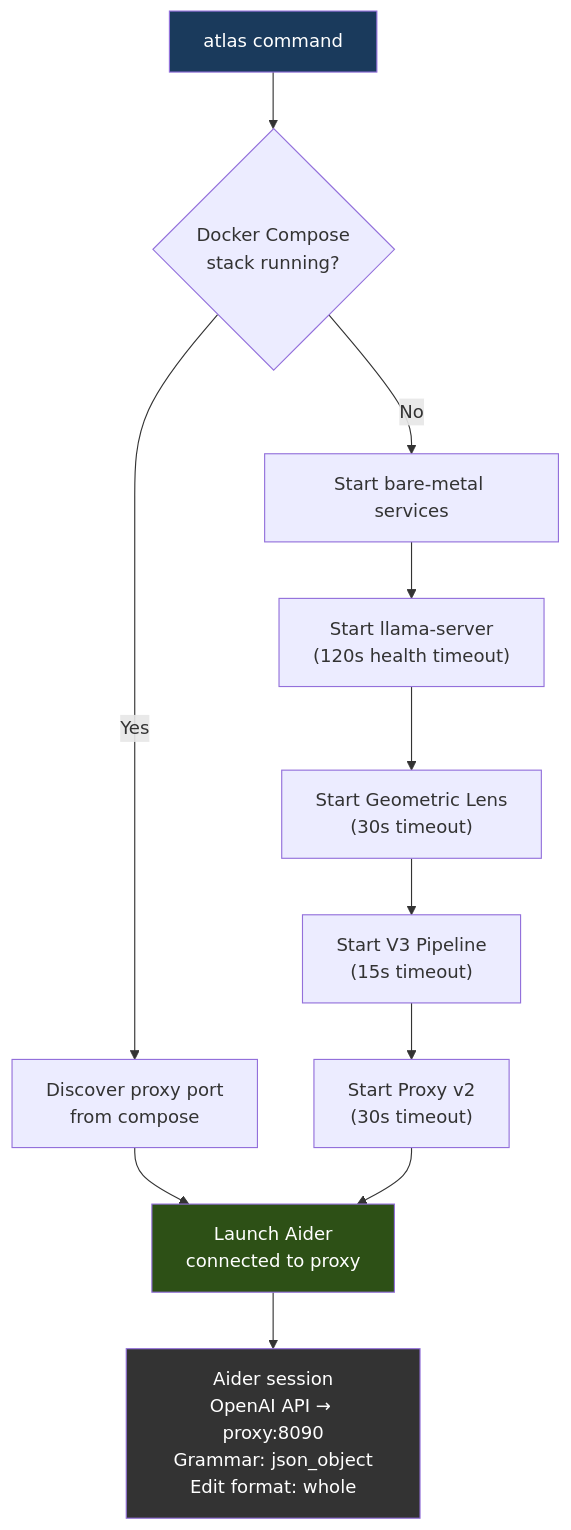
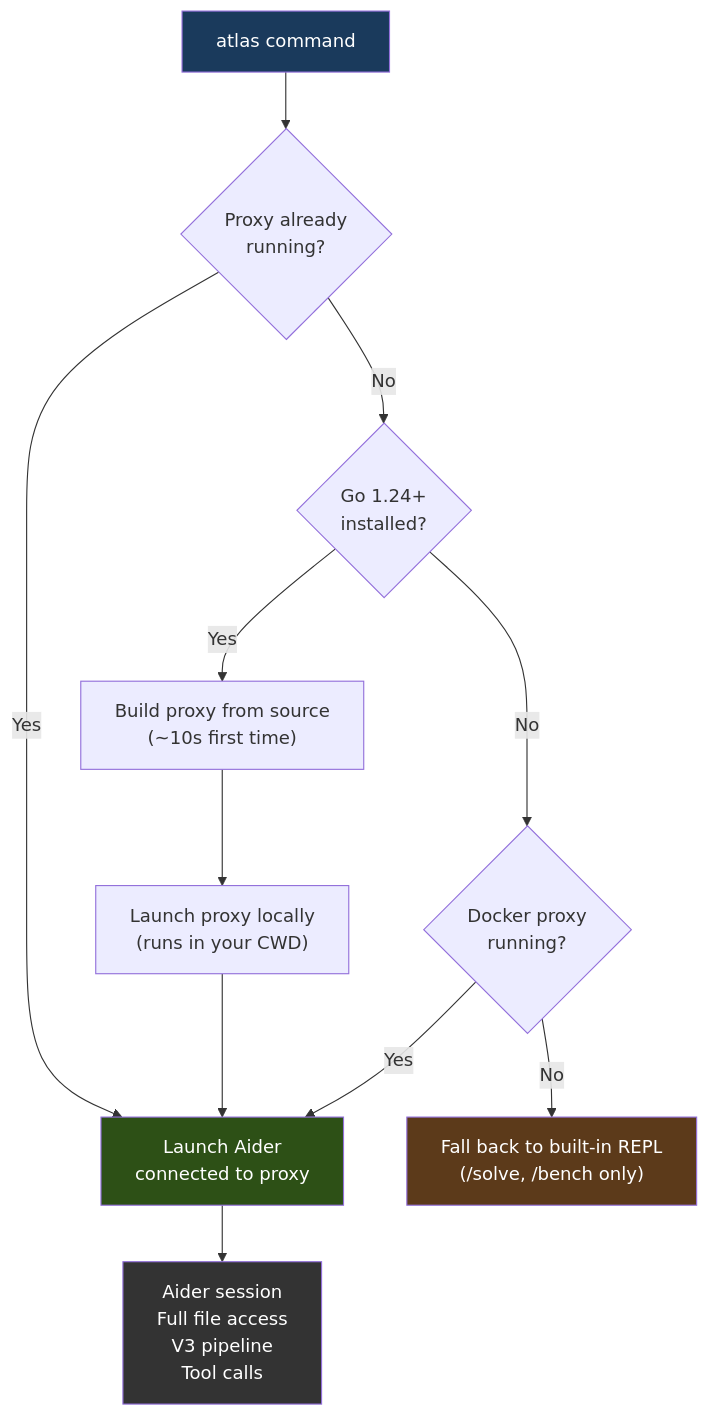
One commit to itigges22/ATLAS changed the first of 2 diagrams in docs/CLI.md. Above: the diagram before and after it, drawn with Mermaid. The commit also changed other lines of this file and 4 other files, not shown here.

Commit message:
Local proxy auto-build with Go, Docker fallback with mount, comprehensive file access docs

````diff
--- a/docs/CLI.md
+++ b/docs/CLI.md
@@ -38,18 +40,21 @@
 ```mermaid
 flowchart TD
-    Start["atlas command"] --> Detect{"Docker Compose\nstack running?"}
-    Detect -->|"Yes"| DPort["Discover proxy port\nfrom compose"] --> Launch["Launch Aider\nconnected to proxy"]
-    Detect -->|"No"| Bare["Start bare-metal services"]
+    Start["atlas command"] --> ProxyUp{"Proxy already\nrunning?"}
+    ProxyUp -->|"Yes"| Launch["Launch Aider\nconnected to proxy"]
+    ProxyUp -->|"No"| GoCheck{"Go 1.24+\ninstalled?"}
 
-    Bare --> LL["Start llama-server\n(120s health timeout)"]
-    LL --> Lens["Start Geometric Lens\n(30s timeout)"]
-    Lens --> V3["Start V3 Pipeline\n(15s timeout)"]
-    V3 --> Proxy["Start Proxy v2\n(30s timeout)"]
-    Proxy --> Launch
+    GoCheck -->|"Yes"| Build["Build proxy from source\n(~10s first time)"]
+    Build --> Local["Launch proxy locally\n(runs in your CWD)"]
+    Local --> Launch
 
-    Launch --> Aider["Aider session\nOpenAI API → proxy:8090\nGrammar: json_object\nEdit format: whole"]
+    GoCheck -->|"No"| Docker{"Docker proxy\nrunning?"}
+    Docker -->|"Yes"| Launch
+    Docker -->|"No"| REPL["Fall back to built-in REPL\n(/solve, /bench only)"]
+
+    Launch --> Aider["Aider session\nFull file access\nV3 pipeline\nTool calls"]
 
     style Start fill:#1a3a5c,color:#fff
     style Aider fill:#333,color:#fff
     style Launch fill:#2d5016,color:#fff
+    style REPL fill:#5c3a1a,color:#fff
 ```
````
